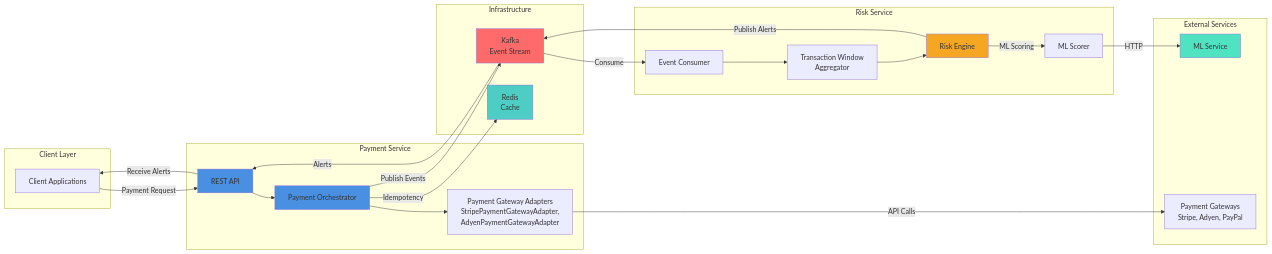
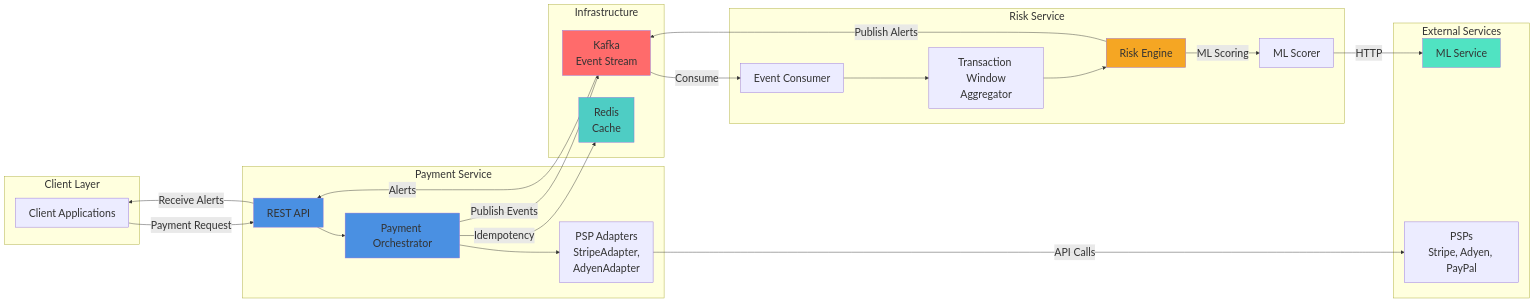
Before and after one commit to mehal1/payment-integration-framework: the diagram in README.md, drawn with Mermaid. The commit also changed other lines of this file and 10 other files, not shown here.

````diff
--- a/README.md
+++ b/README.md
@@ -174,52 +174,61 @@
 ```mermaid
+---
+config:
+  themeVariables:
+    fontSize: 24px
+    fontFamily: ''
+    primaryTextColor: '#000000'
+    lineColor: '#333333'
+  layout: dagre
+---
 graph LR
     subgraph CL["Client Layer"]
         Client[Client Applications]
     end
 
     subgraph PS["Payment Service"]
         API[REST API]
         Orchestrator[Payment Orchestrator]
-        Adapters[Payment Gateway Adapters<br/>StripePaymentGatewayAdapter,<br/>AdyenPaymentGatewayAdapter]
+        Adapters[PSP Adapters<br/>StripeAdapter,<br/>AdyenAdapter]
     end
 
     subgraph RS["Risk Service"]
         Consumer[Event Consumer]
         Aggregator[Transaction Window<br/>Aggregator]
         RiskEngine[Risk Engine]
         MLScorer[ML Scorer]
     end
 
     subgraph DL["Infrastructure"]
         Kafka[Kafka<br/>Event Stream]
         Redis[Redis<br/>Cache]
     end
 
     subgraph ES["External Services"]
         MLService[ML Service]
-        PaymentGateways[Payment Gateways<br/>Stripe, Adyen, PayPal]
+        PSPs[PSPs<br/>Stripe, Adyen, PayPal]
     end
 
     Client -->|Payment Request| API
     API --> Orchestrator
     Orchestrator -->|Idempotency| Redis
     Orchestrator --> Adapters
-    Adapters -->|API Calls| PaymentGateways
+    Adapters -->|API Calls| PSPs
     Orchestrator -->|Publish Events| Kafka
     
     Kafka -->|Consume| Consumer
     Consumer --> Aggregator
     Aggregator --> RiskEngine
     RiskEngine -->|ML Scoring| MLScorer
     MLScorer -->|HTTP| MLService
     RiskEngine -->|Publish Alerts| Kafka
     Kafka -->|Alerts| API
     API -->|Receive Alerts| Client
 
     style API fill:#4A90E2
     style Orchestrator fill:#4A90E2
     style RiskEngine fill:#F5A623
     style Kafka fill:#FF6B6B
     style Redis fill:#4ECDC4
     style MLService fill:#50E3C2
 ```
````
